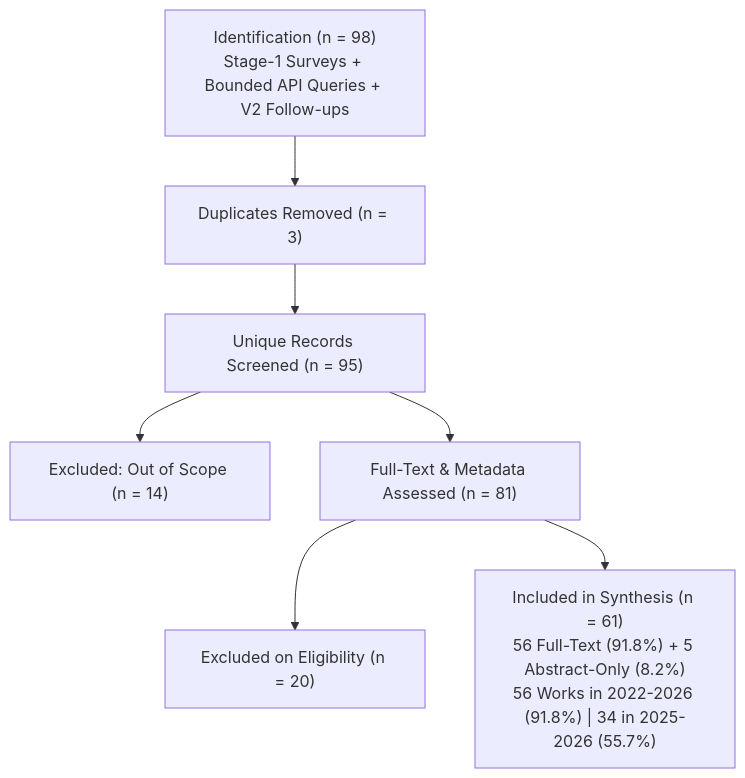
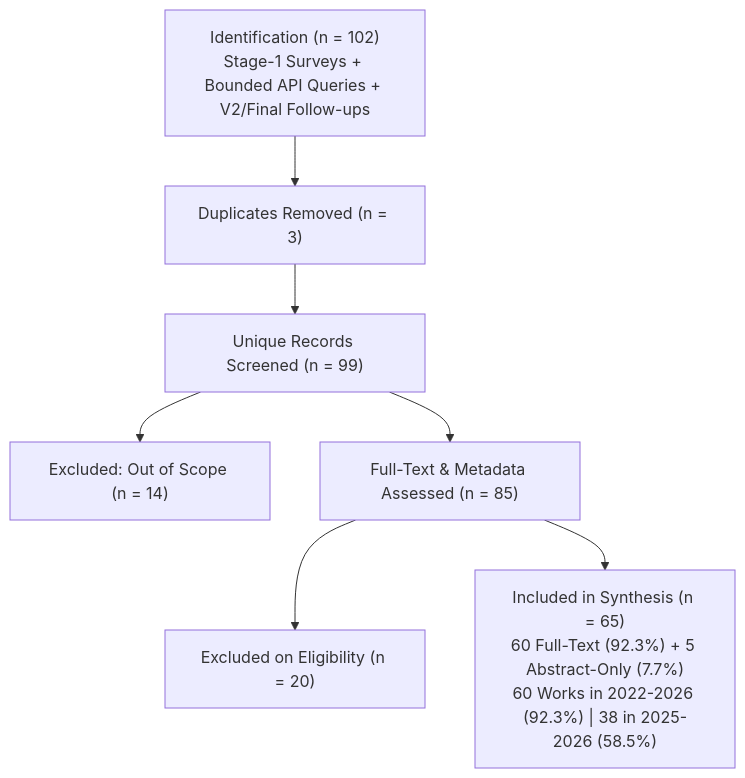
The second of 2 diagrams in README.md (UmarIqbal000/carbon-aware-llm-scheduling), drawn with Mermaid before and after one commit. The commit also changed other lines of this file and 57 other files, not shown here.

````diff
--- a/README.md
+++ b/README.md
@@ -58,9 +58,9 @@
 ```mermaid
 flowchart TD
-    Q["Identification (n = 98)\nStage-1 Surveys + Bounded API Queries + V2 Follow-ups"] --> D["Duplicates Removed (n = 3)"]
-    D --> S["Unique Records Screened (n = 95)"]
+    Q["Identification (n = 102)\nStage-1 Surveys + Bounded API Queries + V2/Final Follow-ups"] --> D["Duplicates Removed (n = 3)"]
+    D --> S["Unique Records Screened (n = 99)"]
     S --> EX1["Excluded: Out of Scope (n = 14)"]
-    S --> EL["Full-Text & Metadata Assessed (n = 81)"]
+    S --> EL["Full-Text & Metadata Assessed (n = 85)"]
     EL --> EX2["Excluded on Eligibility (n = 20)"]
-    EL --> INC["Included in Synthesis (n = 61)\n56 Full-Text (91.8%) + 5 Abstract-Only (8.2%)\n56 Works in 2022-2026 (91.8%) | 34 in 2025-2026 (55.7%)"]
+    EL --> INC["Included in Synthesis (n = 65)\n60 Full-Text (92.3%) + 5 Abstract-Only (7.7%)\n60 Works in 2022-2026 (92.3%) | 38 in 2025-2026 (58.5%)"]
 ```
````
